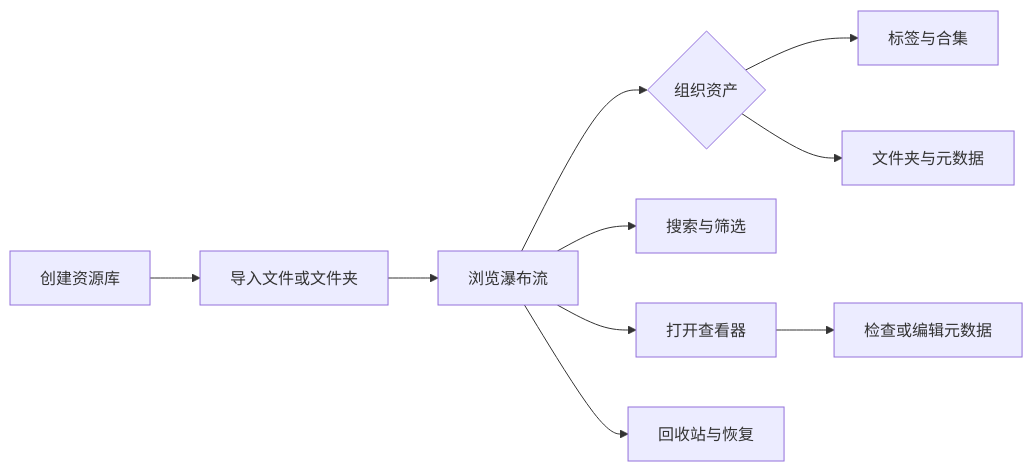
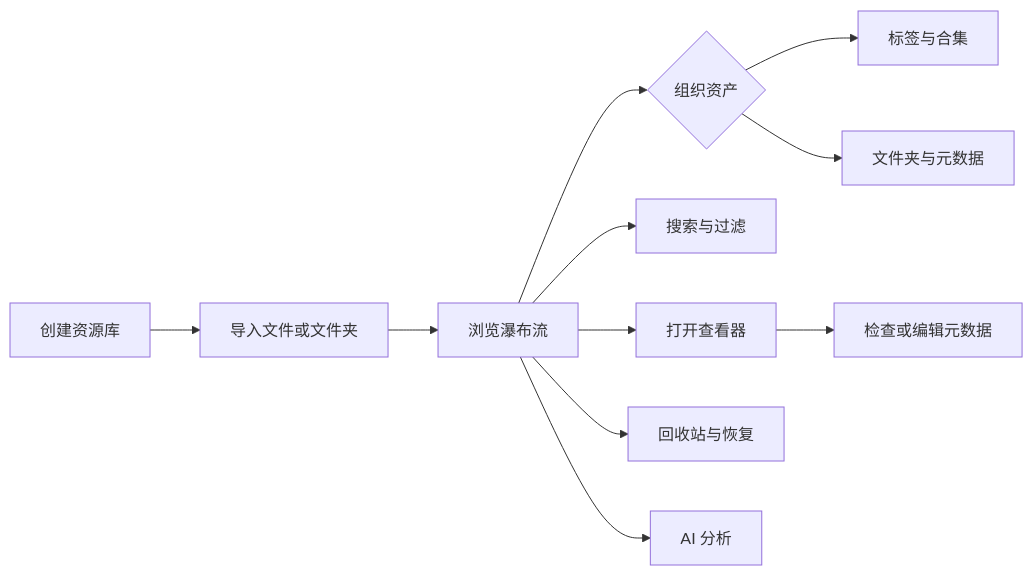
One commit to dolag233/Serpent changed the diagram in docs/user-guide/README.md. Above: the diagram before and after it, drawn with Mermaid. The commit also changed other lines of this file and 44 other files, not shown here.

````diff
--- a/docs/user-guide/README.md
+++ b/docs/user-guide/README.md
@@ -27,12 +29,13 @@
 ```mermaid
 flowchart LR
     A[创建资源库] --> B[导入文件或文件夹]
     B --> C[浏览瀑布流]
     C --> D{组织资产}
     D --> E[标签与合集]
     D --> F[文件夹与元数据]
-    C --> G[搜索与筛选]
+    C --> G[搜索与过滤]
     C --> H[打开查看器]
     H --> I[检查或编辑元数据]
     C --> J[回收站与恢复]
+    C --> K[AI 分析]
 ```
````
